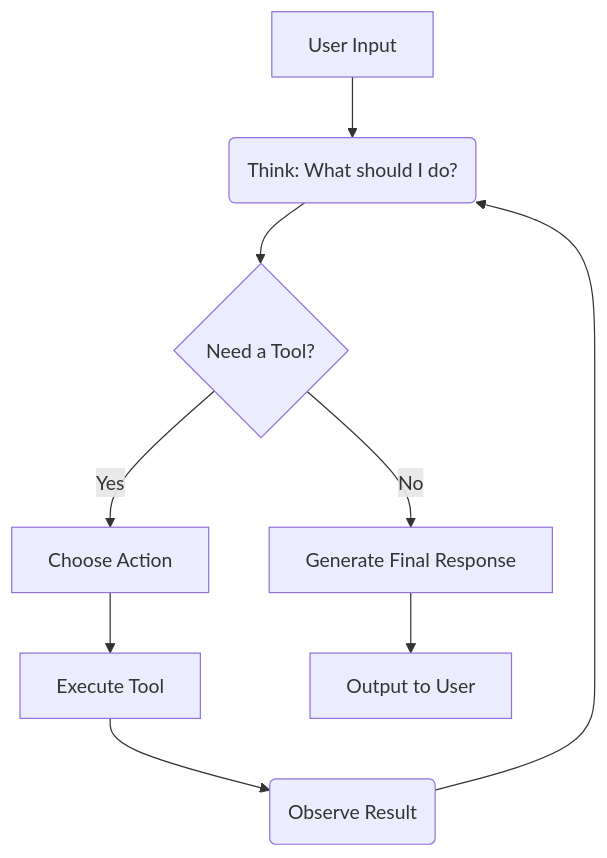
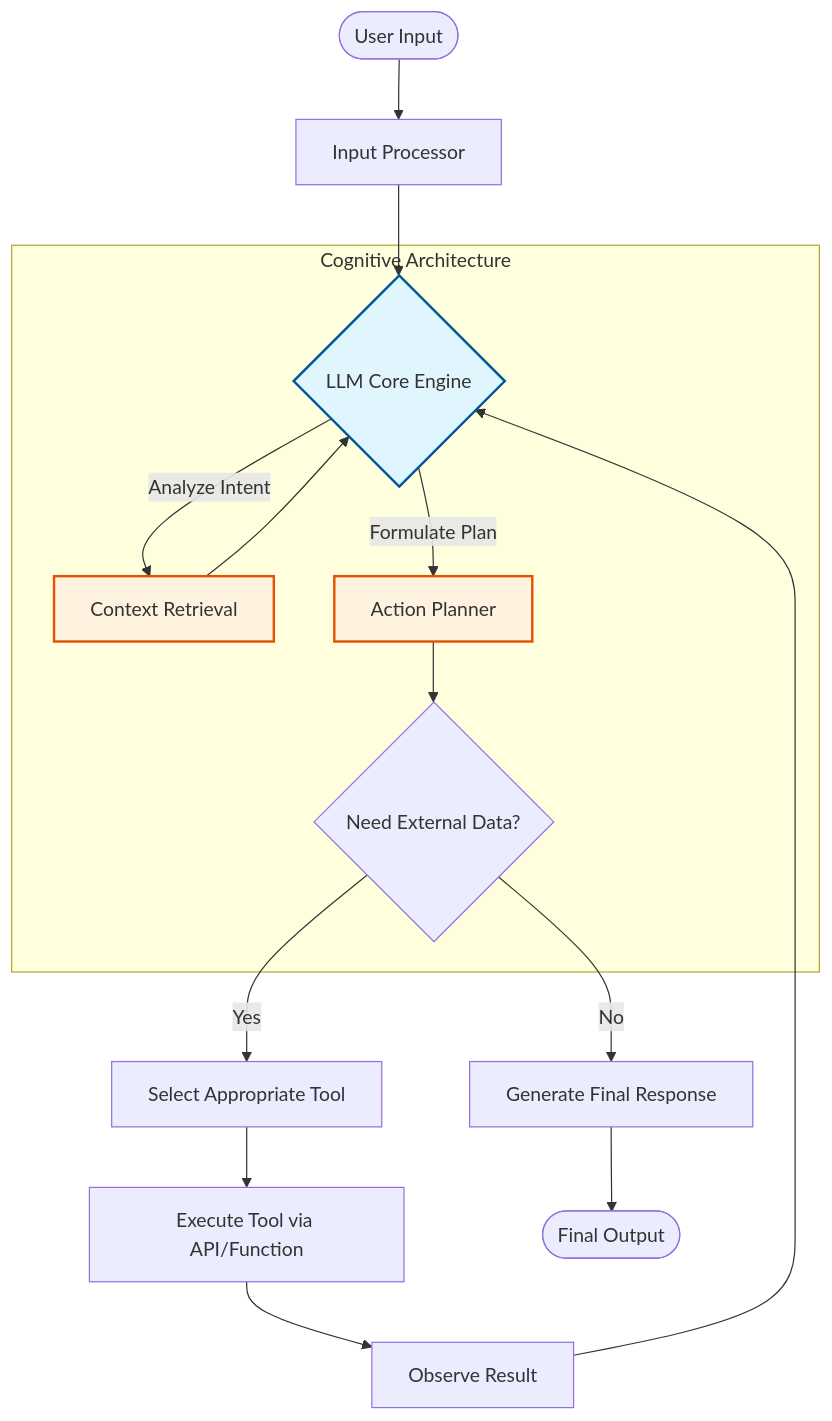
One commit to stmarkadebayo/BWAI-OAU_AI-Agents changed the diagram in labs/01_beginner/01_foundation_agent/README.md. Above: the diagram before and after it, drawn with Mermaid. The commit also changed 5 other files, not shown here.

Commit message:
improved remaining lab diagrams

````diff
--- a/labs/01_beginner/01_foundation_agent/README.md
+++ b/labs/01_beginner/01_foundation_agent/README.md
@@ -14,11 +14,25 @@
 ```mermaid
 graph TD
-    A[User Input] --> B(Think: What should I do?)
-    B --> C{Need a Tool?}
-    C -->|No| D[Generate Final Response]
-    C -->|Yes| E[Choose Action]
-    E --> F[Execute Tool]
-    F --> G(Observe Result)
-    G --> B
-    D --> H[Output to User]
+    User([User Input]) --> Gateway[Input Processor]
+    Gateway --> LLM{LLM Core Engine}
+    
+    subgraph Cognitive Architecture
+        LLM -->|Analyze Intent| Context[Context Retrieval]
+        Context --> LLM
+        LLM -->|Formulate Plan| Plan[Action Planner]
+        Plan --> Decision{Need External Data?}
+    end
+    
+    Decision -->|No| Gen[Generate Final Response]
+    Decision -->|Yes| Select[Select Appropriate Tool]
+    Select --> Exec[Execute Tool via API/Function]
+    Exec --> Obs[Observe Result]
+    Obs --> LLM
+    
+    Gen --> Output([Final Output])
+    
+    classDef core fill:#e1f5fe,stroke:#01579b,stroke-width:2px;
+    classDef internal fill:#fff3e0,stroke:#e65100,stroke-width:2px;
+    class LLM core;
+    class Context,Plan internal;
 ```
````
